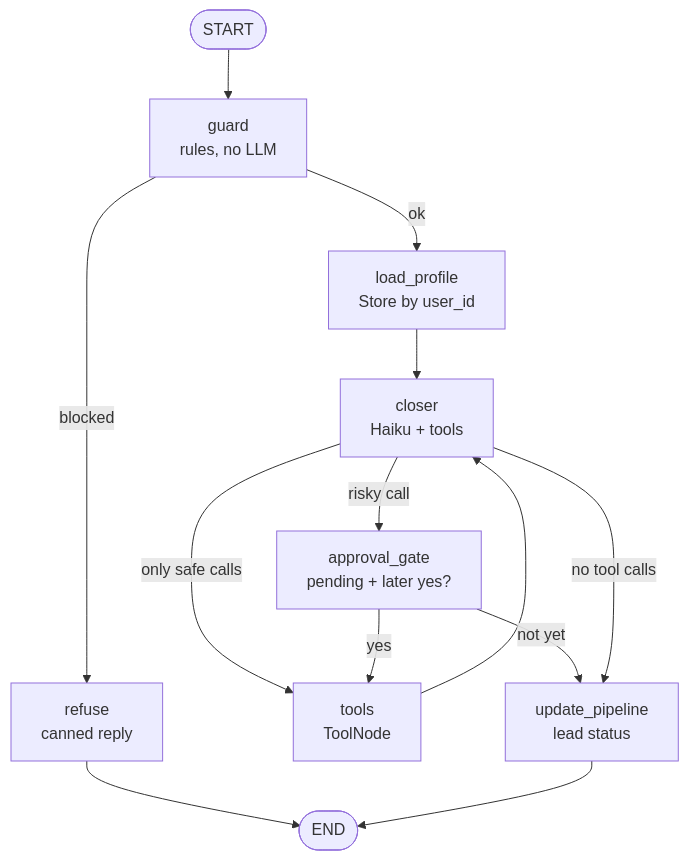
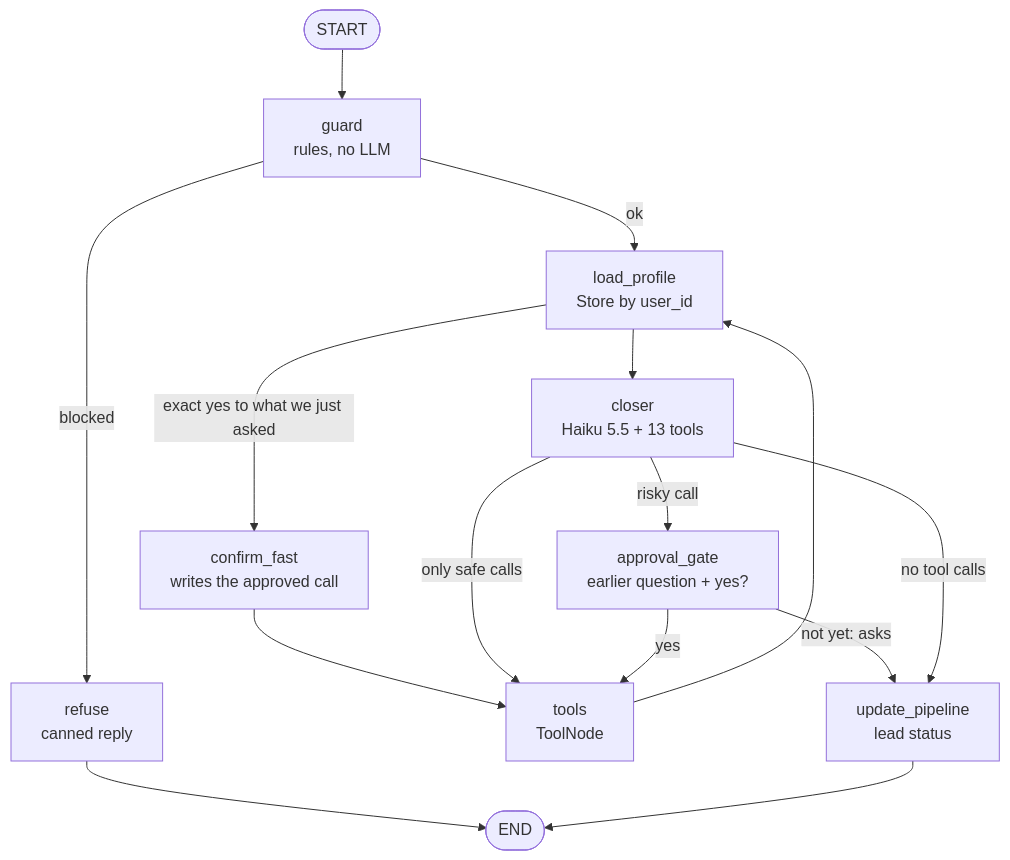
One commit to Hadeeed147/propcloser changed the second of 2 diagrams in README.md. Above: the diagram before and after it, drawn with Mermaid. The commit also changed other lines of this file and 5 other files, not shown here.

````diff
--- a/README.md
+++ b/README.md
@@ -44,15 +44,17 @@
 ```mermaid
 flowchart TD
     START([START]) --> guard[guard<br/>rules, no LLM]
     guard -->|blocked| refuse[refuse<br/>canned reply]
     refuse --> END([END])
     guard -->|ok| load[load_profile<br/>Store by user_id]
-    load --> closer[closer<br/>Haiku + tools]
-    closer -->|only safe calls| tools[tools<br/>ToolNode]
-    tools --> closer
-    closer -->|risky call| gate[approval_gate<br/>pending + later yes?]
+    load -->|exact yes to what we just asked| fast[confirm_fast<br/>writes the approved call]
+    fast --> tools[tools<br/>ToolNode]
+    load --> closer[closer<br/>Haiku 5.5 + 13 tools]
+    closer -->|only safe calls| tools
+    tools --> load
+    closer -->|risky call| gate[approval_gate<br/>earlier question + yes?]
     gate -->|yes| tools
-    gate -->|not yet| pipe
-    closer -->|no tool calls| pipe[update_pipeline<br/>lead status]
+    gate -->|not yet: asks| pipe[update_pipeline<br/>lead status]
+    closer -->|no tool calls| pipe
     pipe --> END
 ```
````
